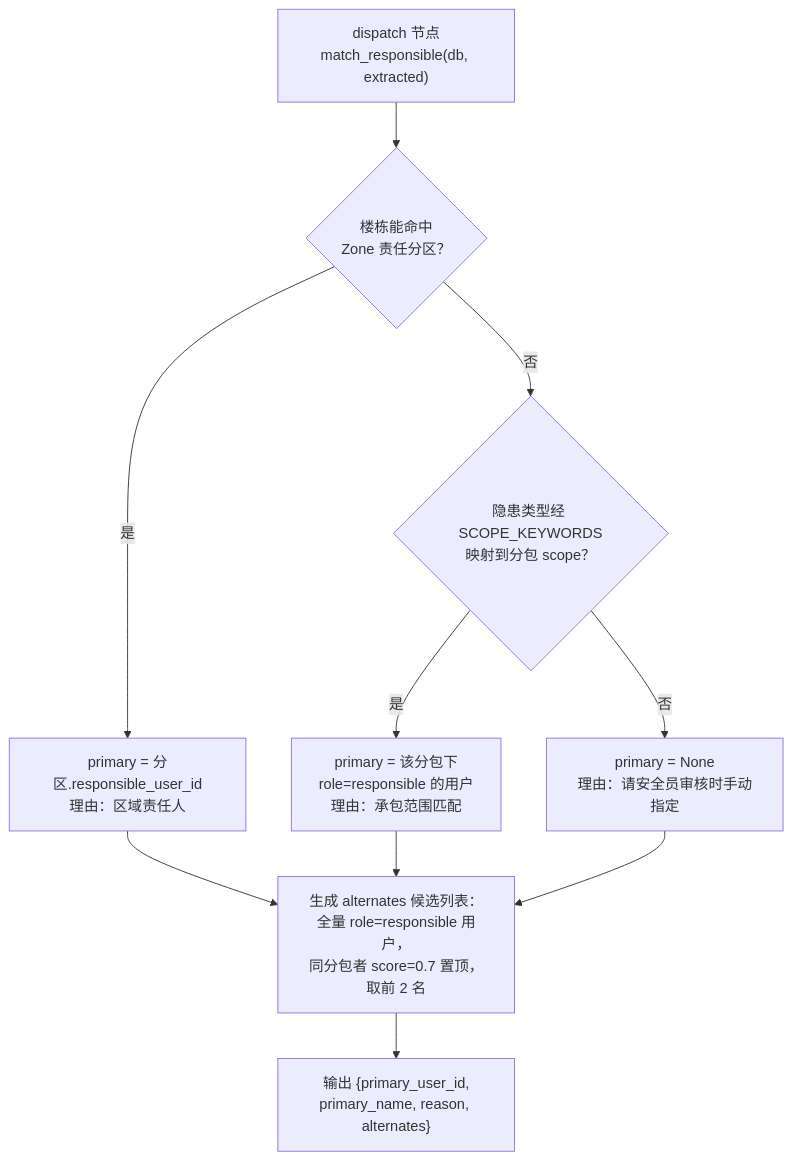
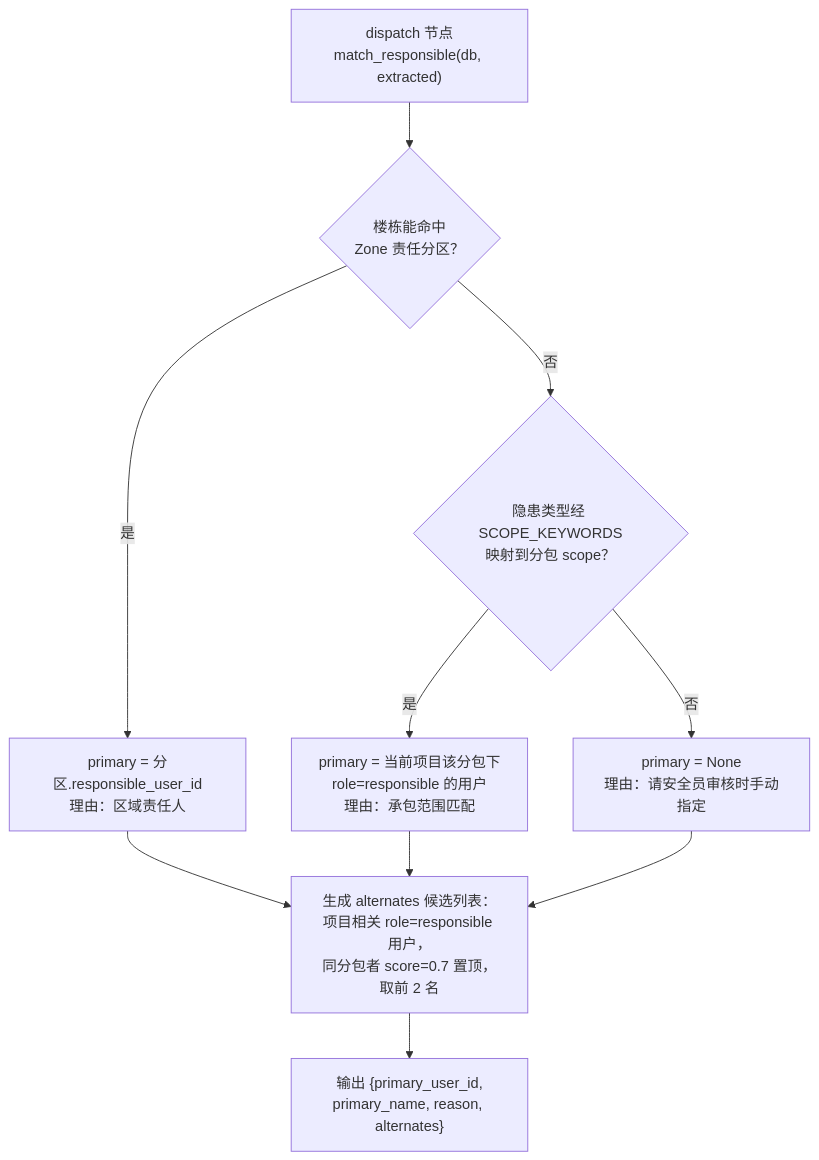
One commit to pandaadsas/zhuan-cloud changed the sixth of 8 diagrams in docs/隐患上报Agent主链路说明.md. Above: the diagram before and after it, drawn with Mermaid. The commit also changed other lines of this file and 5 other files, not shown here.

````diff
--- a/docs/隐患上报Agent主链路说明.md
+++ b/docs/隐患上报Agent主链路说明.md
@@ -140,12 +140,12 @@
 ```mermaid
 flowchart TD
     A["dispatch 节点<br/>match_responsible(db, extracted)"] --> B{"楼栋能命中<br/>Zone 责任分区？"}
     B -- 是 --> C["primary = 分区.responsible_user_id<br/>理由：区域责任人"]
     B -- 否 --> D{"隐患类型经 SCOPE_KEYWORDS<br/>映射到分包 scope？"}
-    D -- 是 --> E["primary = 该分包下<br/>role=responsible 的用户<br/>理由：承包范围匹配"]
+    D -- 是 --> E["primary = 当前项目该分包下<br/>role=responsible 的用户<br/>理由：承包范围匹配"]
     D -- 否 --> F["primary = None<br/>理由：请安全员审核时手动指定"]
-    C --> G["生成 alternates 候选列表：<br/>全量 role=responsible 用户，<br/>同分包者 score=0.7 置顶，<br/>取前 2 名"]
+    C --> G["生成 alternates 候选列表：<br/>项目相关 role=responsible 用户，<br/>同分包者 score=0.7 置顶，<br/>取前 2 名"]
     E --> G
     F --> G
     G --> H["输出 {primary_user_id,<br/>primary_name, reason, alternates}"]
 ```
````
